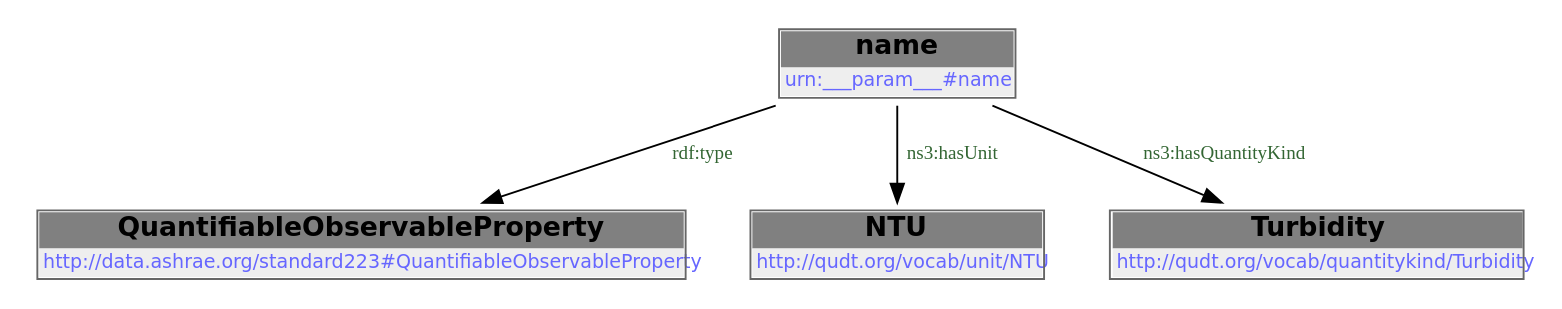
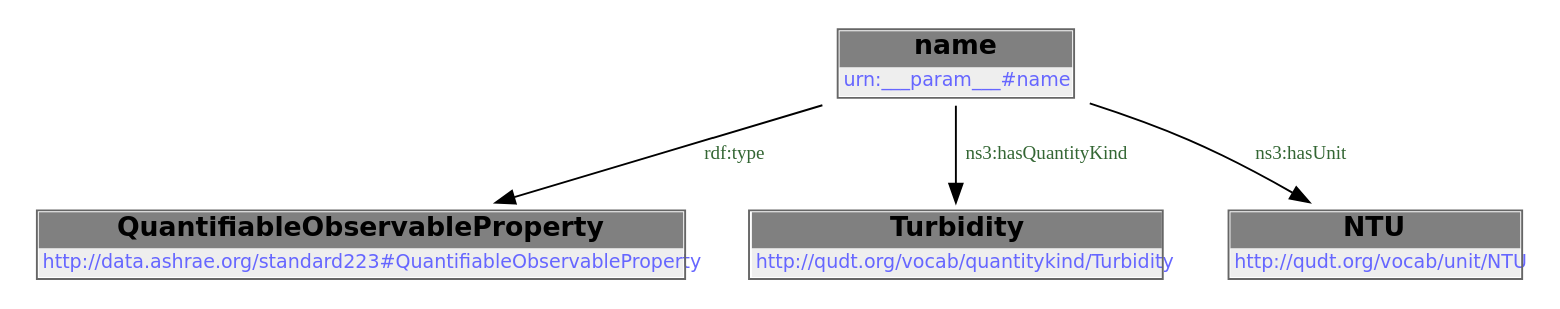
Before and after one commit to DataDrivenCPS/water-ontology: the first of 2 diagrams in docs/libraries/templates/turbidity.rst, drawn with Graphviz. The commit also changed other lines of this file and 33 other files, not shown here.

```diff
--- a/docs/libraries/templates/turbidity.rst
+++ b/docs/libraries/templates/turbidity.rst
@@ -59,12 +59,12 @@
         .. graphviz::
 
                 digraph G {
             node [fontname="DejaVu Sans"];
             node0 -> node1 [color=BLACK, label=< <font point-size='10' color='#336633'>rdf:type</font> >];
-            node0 -> node2 [color=BLACK, label=< <font point-size='10' color='#336633'>ns3:hasUnit</font> >];
-            node0 -> node3 [color=BLACK, label=< <font point-size='10' color='#336633'>ns3:hasQuantityKind</font> >];
+            node0 -> node2 [color=BLACK, label=< <font point-size='10' color='#336633'>ns3:hasQuantityKind</font> >];
+            node0 -> node3 [color=BLACK, label=< <font point-size='10' color='#336633'>ns3:hasUnit</font> >];
             node0 [shape=none, color=black, label=< <table color='#666666' cellborder='0' cellspacing='0' border='1'><tr><td colspan='2' bgcolor='grey'><B>name</B></td></tr><tr><td href='urn:___param___#name' bgcolor='#eeeeee' colspan='2'><font point-size='10' color='#6666ff'>urn:___param___#name</font></td></tr></table> >];
             node1 [shape=none, color=black, label=< <table color='#666666' cellborder='0' cellspacing='0' border='1'><tr><td colspan='2' bgcolor='grey'><B>QuantifiableObservableProperty</B></td></tr><tr><td href='http://data.ashrae.org/standard223#QuantifiableObservableProperty' bgcolor='#eeeeee' colspan='2'><font point-size='10' color='#6666ff'>http://data.ashrae.org/standard223#QuantifiableObservableProperty</font></td></tr></table> >];
-            node2 [shape=none, color=black, label=< <table color='#666666' cellborder='0' cellspacing='0' border='1'><tr><td colspan='2' bgcolor='grey'><B>NTU</B></td></tr><tr><td href='http://qudt.org/vocab/unit/NTU' bgcolor='#eeeeee' colspan='2'><font point-size='10' color='#6666ff'>http://qudt.org/vocab/unit/NTU</font></td></tr></table> >];
-            node3 [shape=none, color=black, label=< <table color='#666666' cellborder='0' cellspacing='0' border='1'><tr><td colspan='2' bgcolor='grey'><B>Turbidity</B></td></tr><tr><td href='http://qudt.org/vocab/quantitykind/Turbidity' bgcolor='#eeeeee' colspan='2'><font point-size='10' color='#6666ff'>http://qudt.org/vocab/quantitykind/Turbidity</font></td></tr></table> >];
+            node2 [shape=none, color=black, label=< <table color='#666666' cellborder='0' cellspacing='0' border='1'><tr><td colspan='2' bgcolor='grey'><B>Turbidity</B></td></tr><tr><td href='http://qudt.org/vocab/quantitykind/Turbidity' bgcolor='#eeeeee' colspan='2'><font point-size='10' color='#6666ff'>http://qudt.org/vocab/quantitykind/Turbidity</font></td></tr></table> >];
+            node3 [shape=none, color=black, label=< <table color='#666666' cellborder='0' cellspacing='0' border='1'><tr><td colspan='2' bgcolor='grey'><B>NTU</B></td></tr><tr><td href='http://qudt.org/vocab/unit/NTU' bgcolor='#eeeeee' colspan='2'><font point-size='10' color='#6666ff'>http://qudt.org/vocab/unit/NTU</font></td></tr></table> >];
             }
```
